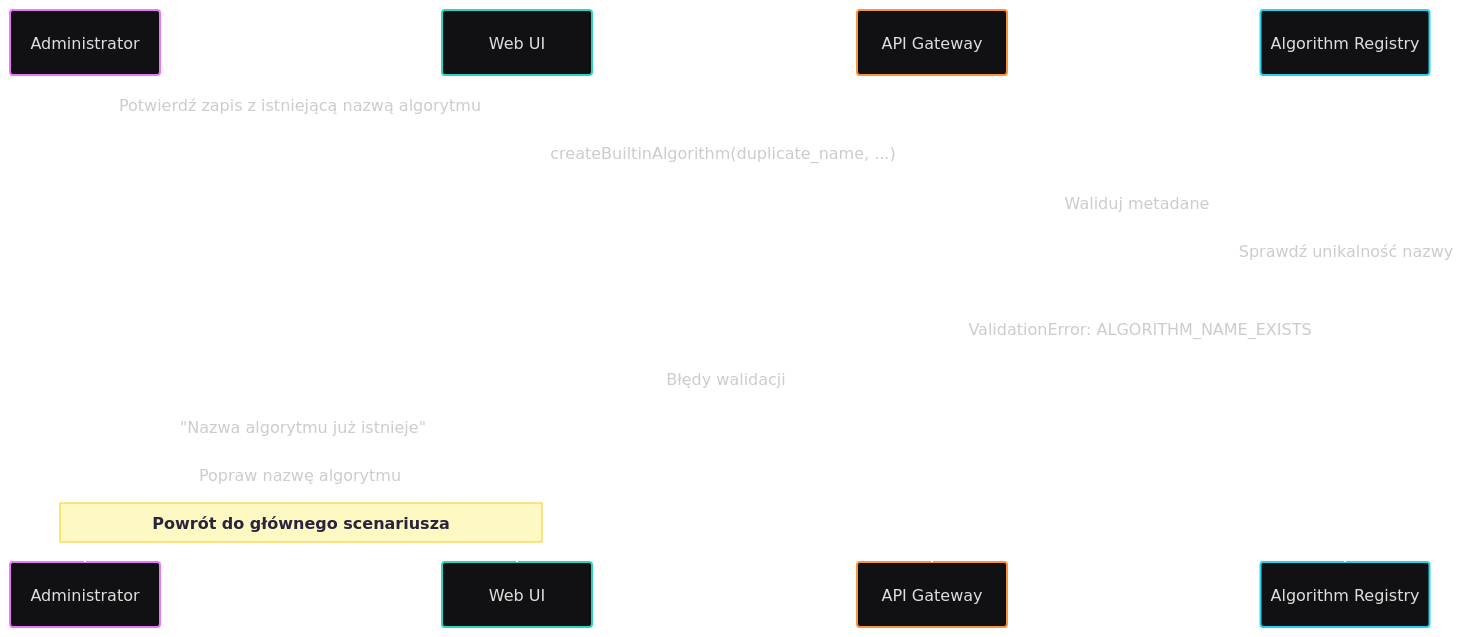
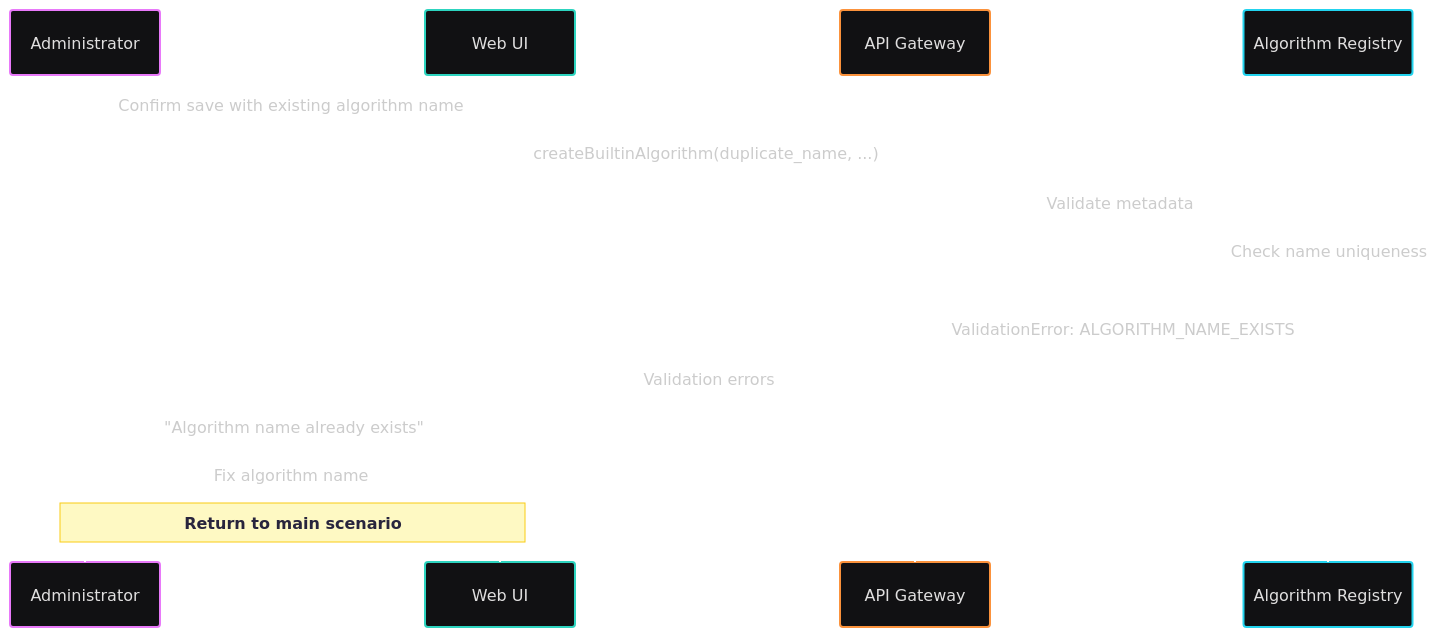
One commit to jedrzejpolaczek/aviarium.corvidae.corvus_corone changed the seventh of 33 diagrams in docs/requirements/use-cases.md. Above: the diagram before and after it, drawn with Mermaid. The commit also changed other lines of this file and 21 other files, not shown here.

````diff
--- a/docs/requirements/use-cases.md
+++ b/docs/requirements/use-cases.md
@@ -336,20 +336,20 @@
 ```mermaid
 ---
 config:
   theme: redux-dark-color
 ---
 sequenceDiagram
     participant A3 as Administrator
     participant UI as Web UI
     participant API as API Gateway
     participant AR as Algorithm Registry
-    A3->>UI: Potwierdź zapis z istniejącą nazwą algorytmu
+    A3->>UI: Confirm save with existing algorithm name
     UI->>API: createBuiltinAlgorithm(duplicate_name, ...)
-    API->>AR: Waliduj metadane
-    AR->>AR: Sprawdź unikalność nazwy
+    API->>AR: Validate metadata
+    AR->>AR: Check name uniqueness
     AR-->>API: ValidationError: ALGORITHM_NAME_EXISTS
-    API-->>UI: Błędy walidacji
-    UI-->>A3: "Nazwa algorytmu już istnieje"
-    A3->>UI: Popraw nazwę algorytmu
-    Note over A3,UI: Powrót do głównego scenariusza
+    API-->>UI: Validation errors
+    UI-->>A3: "Algorithm name already exists"
+    A3->>UI: Fix algorithm name
+    Note over A3,UI: Return to main scenario
 ```
````
